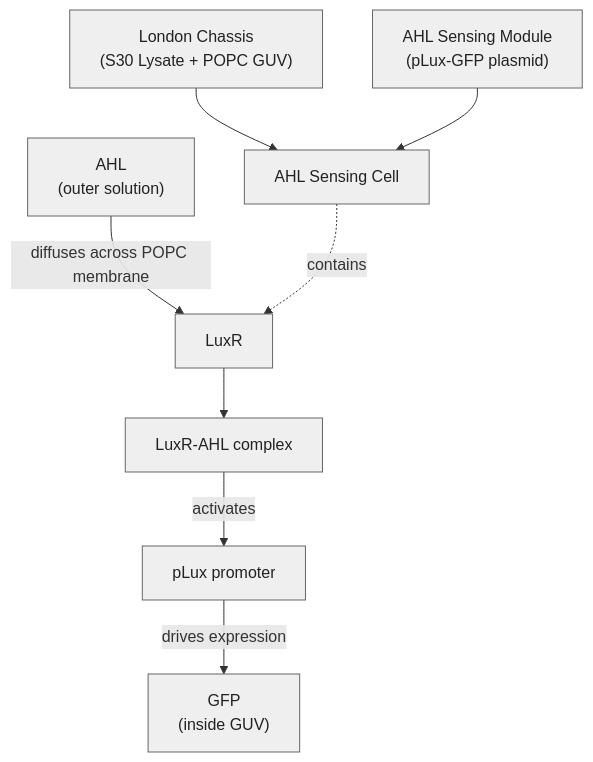
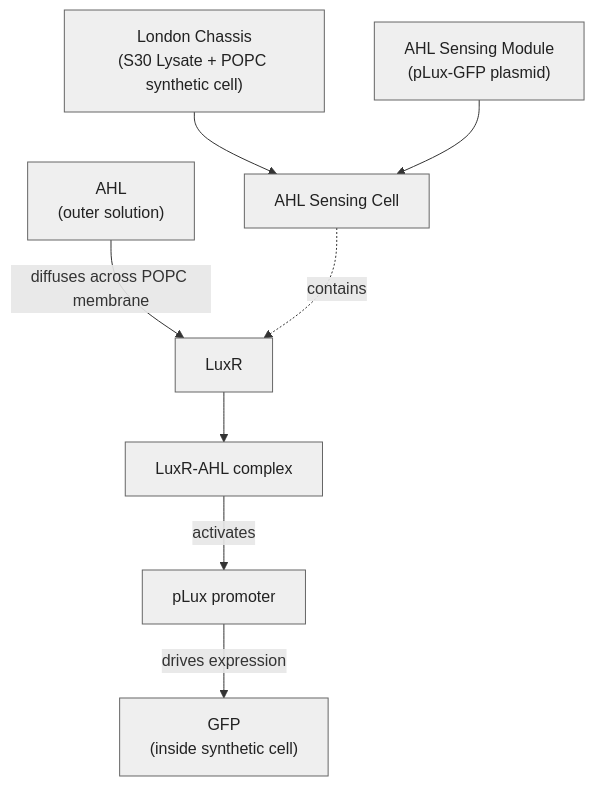
Before and after one commit to nucleus-eng/nucleus-docs: the diagram in docs/modules/ahl-sensing-cell/spec.md, drawn with Mermaid. The commit also changed other lines of this file and 32 other files, not shown here.

````diff
--- a/docs/modules/ahl-sensing-cell/spec.md
+++ b/docs/modules/ahl-sensing-cell/spec.md
@@ -21,18 +21,18 @@
 ```{mermaid}
 flowchart TD
-    LON["London Chassis<br/>(S30 Lysate + POPC GUV)"]
+    LON["London Chassis<br/>(S30 Lysate + POPC synthetic cell)"]
     AHLMOD["AHL Sensing Module<br/>(pLux-GFP plasmid)"]
     CELL["AHL Sensing Cell"]
     LON --> CELL
     AHLMOD --> CELL
 
     AHLEXT["AHL<br/>(outer solution)"] -->|diffuses across POPC membrane| LUXR[LuxR]
     LUXR --> COMPLEX["LuxR-AHL complex"]
     COMPLEX -->|activates| PLUX[pLux promoter]
-    PLUX -->|drives expression| GFPOUT["GFP<br/>(inside GUV)"]
+    PLUX -->|drives expression| GFPOUT["GFP<br/>(inside synthetic cell)"]
 
     CELL -.contains.-> LUXR
 
     classDef node fill:#efefef,stroke:#666666,color:#222222;
     class LON,AHLMOD,CELL,AHLEXT,LUXR,COMPLEX,PLUX,GFPOUT node;
 ```
````
